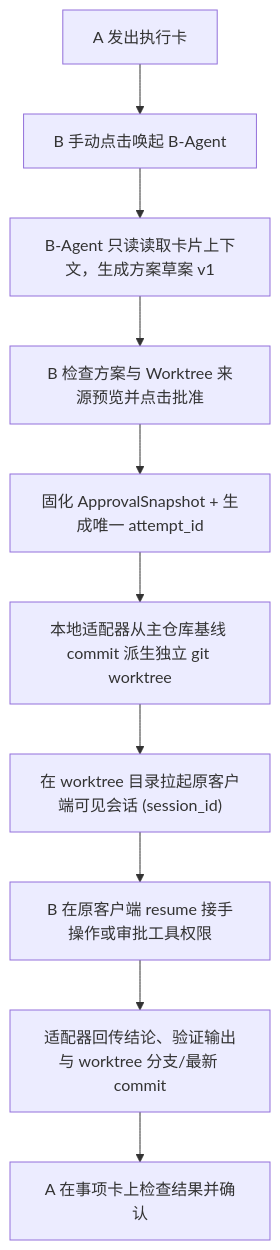
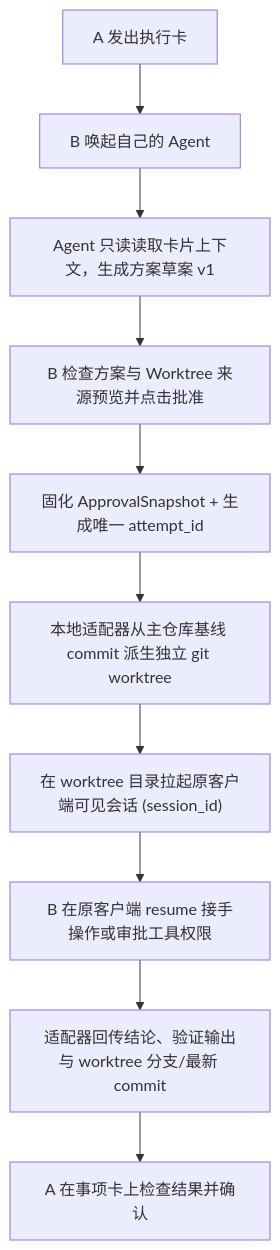
The second of 2 diagrams in docs/architecture.md (jingsong-kiki/melody), drawn with Mermaid before and after one commit. The commit also changed other lines of this file and 6 other files, not shown here.

````diff
--- a/docs/architecture.md
+++ b/docs/architecture.md
@@ -96,12 +123,12 @@
 ```mermaid
 flowchart TD
-    CARD["A 发出执行卡"] --> WAKE["B 手动点击唤起 B-Agent"]
-    WAKE --> PROP["B-Agent 只读读取卡片上下文，生成方案草案 v1"]
+    CARD["A 发出执行卡"] --> WAKE["B 唤起自己的 Agent"]
+    WAKE --> PROP["Agent 只读读取卡片上下文，生成方案草案 v1"]
     PROP --> APPROVE["B 检查方案与 Worktree 来源预览并点击批准"]
     APPROVE --> SNAP["固化 ApprovalSnapshot + 生成唯一 attempt_id"]
     SNAP --> WT["本地适配器从主仓库基线 commit 派生独立 git worktree"]
     WT --> NATIVE["在 worktree 目录拉起原客户端可见会话 (session_id)"]
     NATIVE --> HUMAN["B 在原客户端 resume 接手操作或审批工具权限"]
     HUMAN --> RESULT["适配器回传结论、验证输出与 worktree 分支/最新 commit"]
     RESULT --> CHECK["A 在事项卡上检查结果并确认"]
 ```
````
